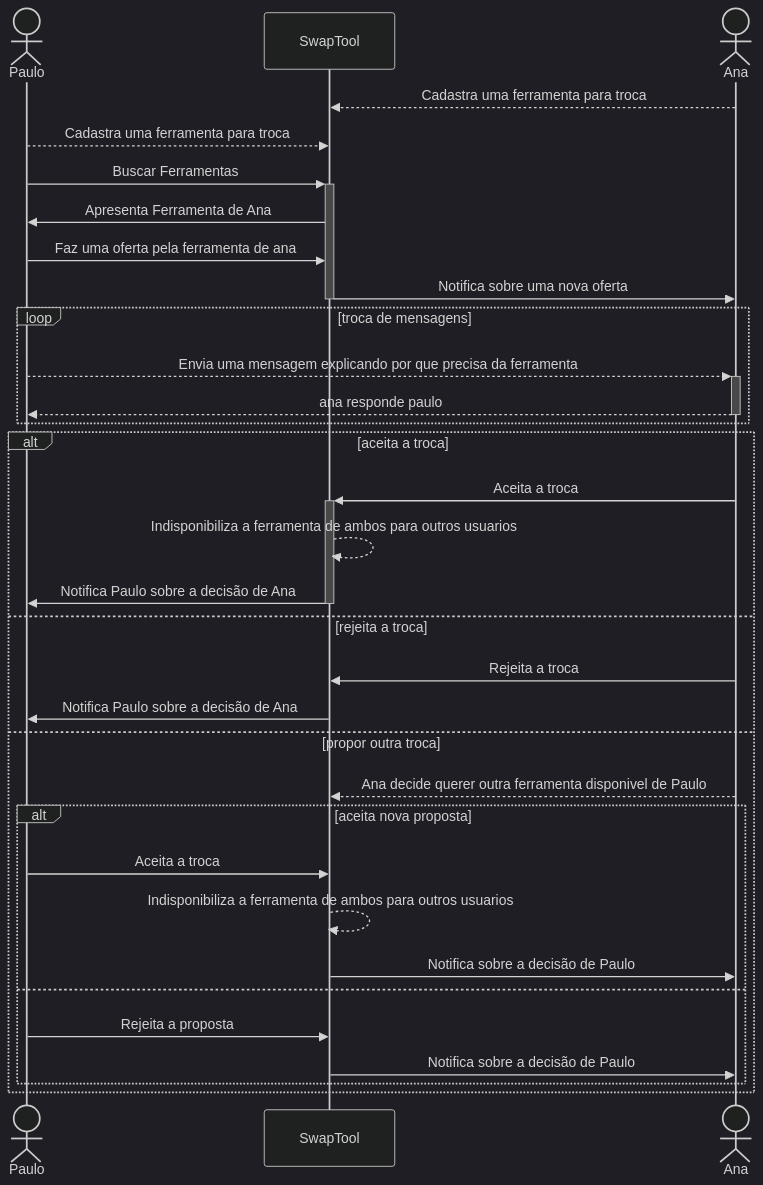
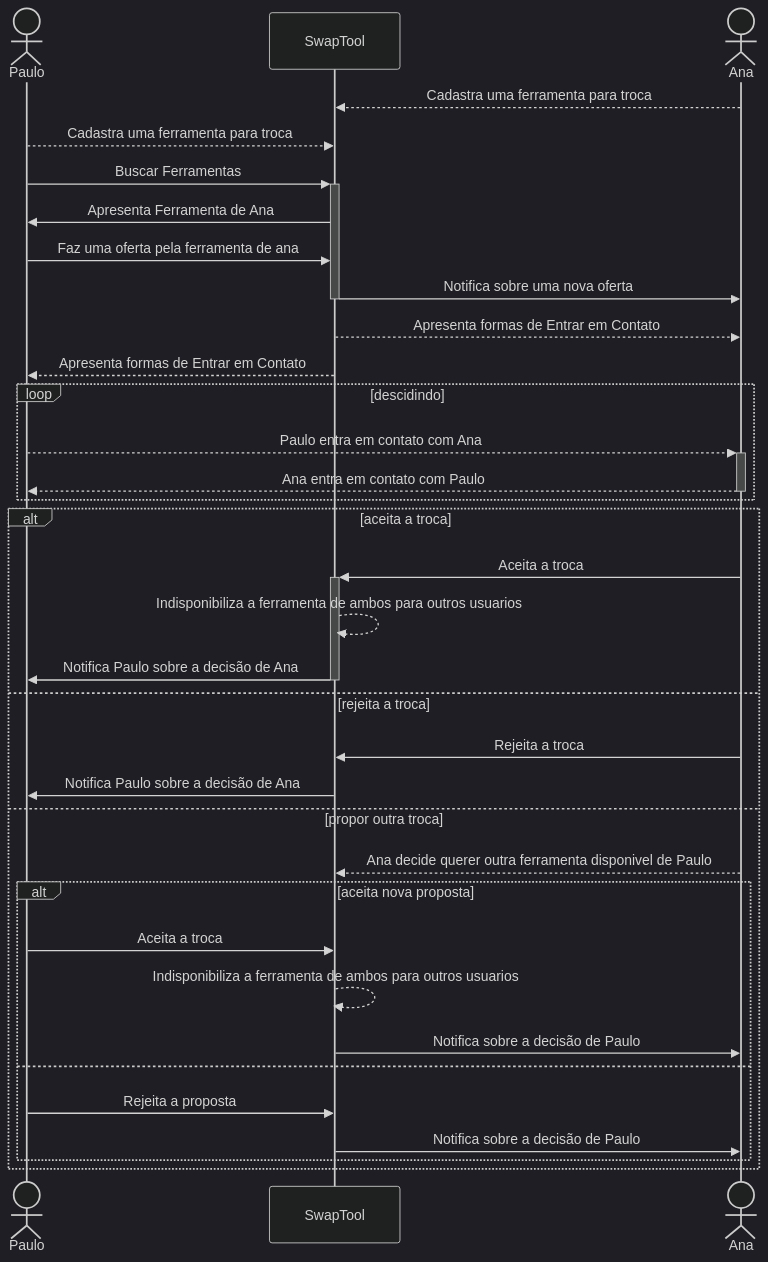
Before and after one commit to Marcos1701/Proj_Integrador_III: the first of 2 diagrams in Documentos_Relacionados/readme.md, drawn with Mermaid (dark theme). The commit also changed other lines of this file, not shown here.

````diff
--- a/Documentos_Relacionados/readme.md
+++ b/Documentos_Relacionados/readme.md
@@ -68,35 +68,36 @@
 ```mermaid
 sequenceDiagram
     Actor p as Paulo
     participant s as SwapTool
     Actor a as Ana
     a-->>s: Cadastra uma ferramenta para troca
     p-->>s: Cadastra uma ferramenta para troca
     p->>+s: Buscar Ferramentas
     s->>p: Apresenta Ferramenta de Ana
     p->>s: Faz uma oferta pela ferramenta de ana
     s->>-a: Notifica sobre uma nova oferta
-    loop troca de mensagens
-        p-->>+a: Envia uma mensagem explicando por que precisa da ferramenta
-        a-->>-p: ana responde paulo
+    s-->>a: Apresenta formas de Entrar em Contato
+    s-->>p: Apresenta formas de Entrar em Contato
+    loop descidindo
+        p-->>+a: Paulo entra em contato com Ana
+        a-->>-p: Ana entra em contato com Paulo
     end
     alt aceita a troca
         a->>+s: Aceita a troca
         s-->>s: Indisponibiliza a ferramenta de ambos para outros usuarios
         s->>-p: Notifica Paulo sobre a decisão de Ana
     else rejeita a troca
         a->>s: Rejeita a troca
         s->>p: Notifica Paulo sobre a decisão de Ana
     else propor outra troca
         a-->>s: Ana decide querer outra ferramenta disponivel de Paulo
         alt aceita nova proposta
             p->>s: Aceita a troca
             s-->>s: Indisponibiliza a ferramenta de ambos para outros usuarios
             s->>a: Notifica sobre a decisão de Paulo
         else
         p->>s: Rejeita a proposta
         s->>a: Notifica sobre a decisão de Paulo
         end
     end
-
 ```
````
